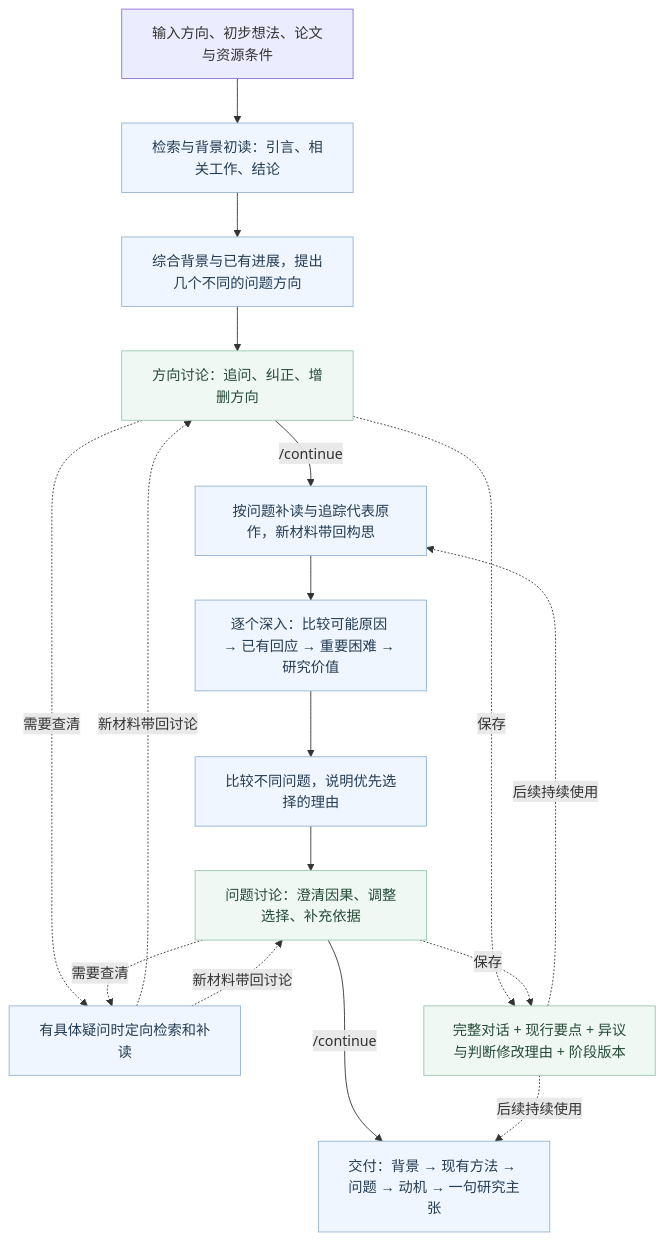
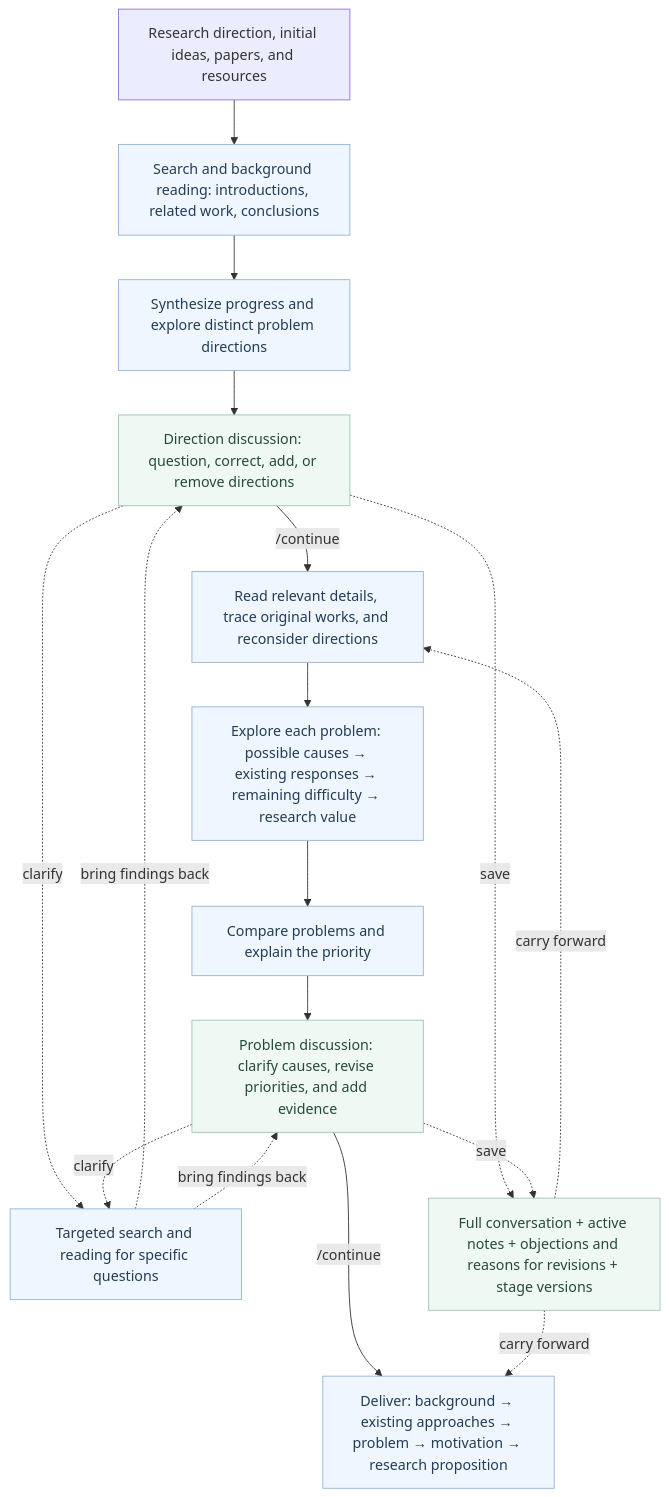
One commit to ghh1125/Research-idea changed the diagram in README.md. Above: the diagram before and after it, drawn with Mermaid. The commit also changed other lines of this file and 2 other files, not shown here.

````diff
--- a/README.md
+++ b/README.md
@@ -27,30 +31,30 @@
 ```mermaid
 flowchart TD
-    U["输入方向、初步想法、论文与资源条件"]
-    A["检索与背景初读：引言、相关工作、结论"]
-    B["综合背景与已有进展，提出几个不同的问题方向"]
-    D["方向讨论：追问、纠正、增删方向"]
-    C["按问题补读与追踪代表原作，新材料带回构思"]
-    X["逐个深入：比较可能原因 → 已有回应 → 重要困难 → 研究价值"]
-    E["比较不同问题，说明优先选择的理由"]
-    P["问题讨论：澄清因果、调整选择、补充依据"]
-    R["有具体疑问时定向检索和补读"]
-    O["交付：背景 → 现有方法 → 问题 → 动机 → 一句研究主张"]
-    M["完整对话 + 现行要点 + 异议与判断修改理由 + 阶段版本"]
+    U["Research direction, initial ideas, papers, and resources"]
+    A["Search and background reading: introductions, related work, conclusions"]
+    B["Synthesize progress and explore distinct problem directions"]
+    D["Direction discussion: question, correct, add, or remove directions"]
+    C["Read relevant details, trace original works, and reconsider directions"]
+    X["Explore each problem: possible causes → existing responses → remaining difficulty → research value"]
+    E["Compare problems and explain the priority"]
+    P["Problem discussion: clarify causes, revise priorities, and add evidence"]
+    R["Targeted search and reading for specific questions"]
+    O["Deliver: background → existing approaches → problem → motivation → research proposition"]
+    M["Full conversation + active notes + objections and reasons for revisions + stage versions"]
     U --> A --> B --> D
     D -->|/continue| C
     C --> X --> E --> P
     P -->|/continue| O
-    D -.需要查清.-> R
-    P -.需要查清.-> R
-    R -.新材料带回讨论.-> D
-    R -.新材料带回讨论.-> P
-    D -.保存.-> M
-    P -.保存.-> M
-    M -.后续持续使用.-> C
-    M -.后续持续使用.-> O
+    D -.clarify.-> R
+    P -.clarify.-> R
+    R -.bring findings back.-> D
+    R -.bring findings back.-> P
+    D -.save.-> M
+    P -.save.-> M
+    M -.carry forward.-> C
+    M -.carry forward.-> O
     classDef work fill:#eff6ff,stroke:#93b4d6,color:#243c55
     classDef discuss fill:#f0f8f4,stroke:#9ac6af,color:#254b38
     class A,B,C,X,E,R,O work
     class D,P,M discuss
 ```
````
